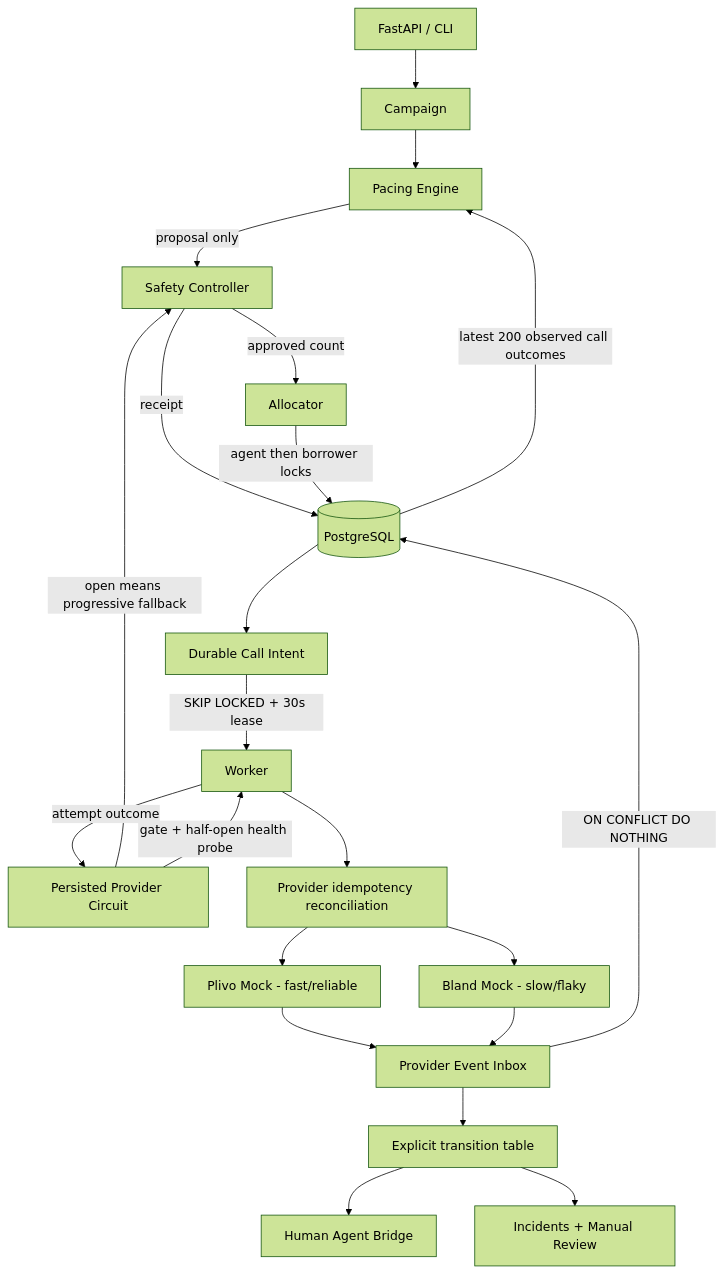
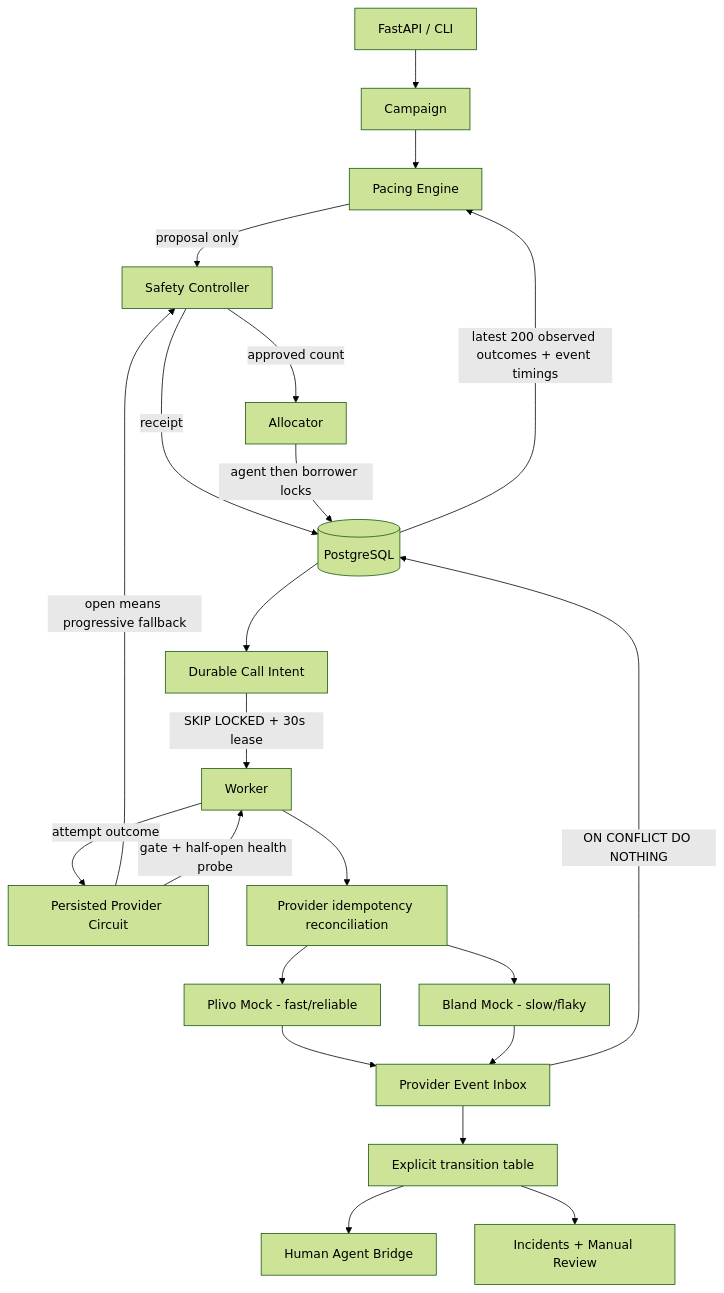
The first of 3 diagrams in docs/architecture.md (UtkarshDubeyGIT/dubey-smart-dialer), drawn with Mermaid (forest theme) before and after one commit. The commit also changed 12 other files, not shown here.

````diff
--- a/docs/architecture.md
+++ b/docs/architecture.md
@@ -3,24 +3,24 @@
 ```mermaid
 flowchart TB
     API[FastAPI / CLI] --> Campaign
     Campaign --> Pacing[Pacing Engine]
-    DB -->|latest 200 observed call outcomes| Pacing
+    DB -->|latest 200 observed outcomes + event timings| Pacing
     Pacing -->|proposal only| Safety[Safety Controller]
     Safety -->|receipt| DB[(PostgreSQL)]
     Safety -->|approved count| Allocator
     Allocator -->|agent then borrower locks| DB
     DB --> Intent[Durable Call Intent]
     Intent -->|SKIP LOCKED + 30s lease| Worker
     Worker -->|attempt outcome| Health[Persisted Provider Circuit]
     Health -->|open means progressive fallback| Safety
     Health -->|gate + half-open health probe| Worker
     Worker --> Reconcile[Provider idempotency reconciliation]
     Reconcile --> Plivo[Plivo Mock - fast/reliable]
     Reconcile --> Bland[Bland Mock - slow/flaky]
     Plivo --> Inbox[Provider Event Inbox]
     Bland --> Inbox
     Inbox -->|ON CONFLICT DO NOTHING| DB
     Inbox --> State[Explicit transition table]
     State --> Bridge[Human Agent Bridge]
     State --> Incident[Incidents + Manual Review]
 ```
````
